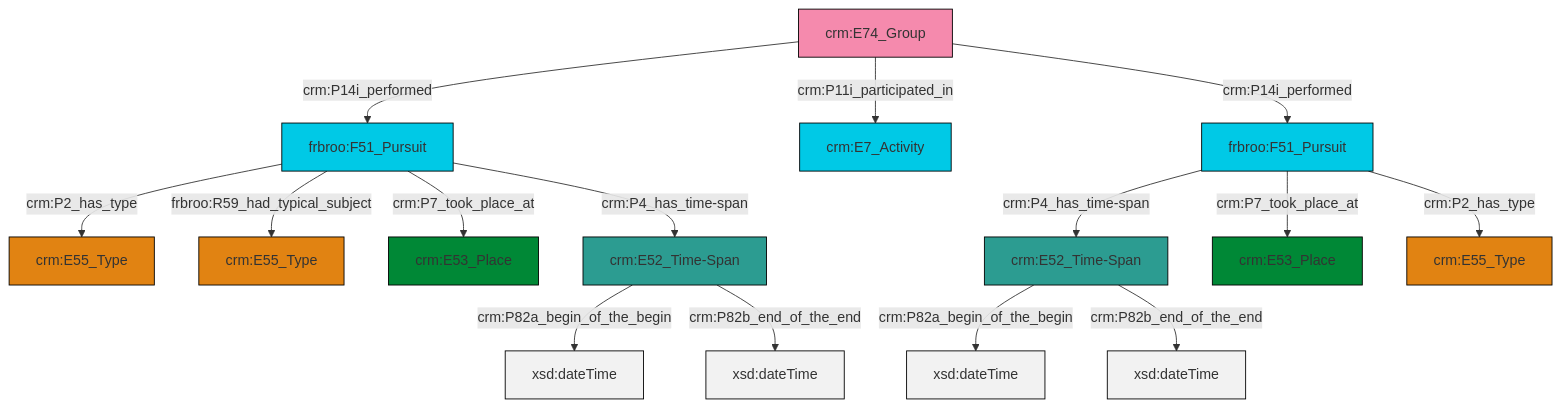
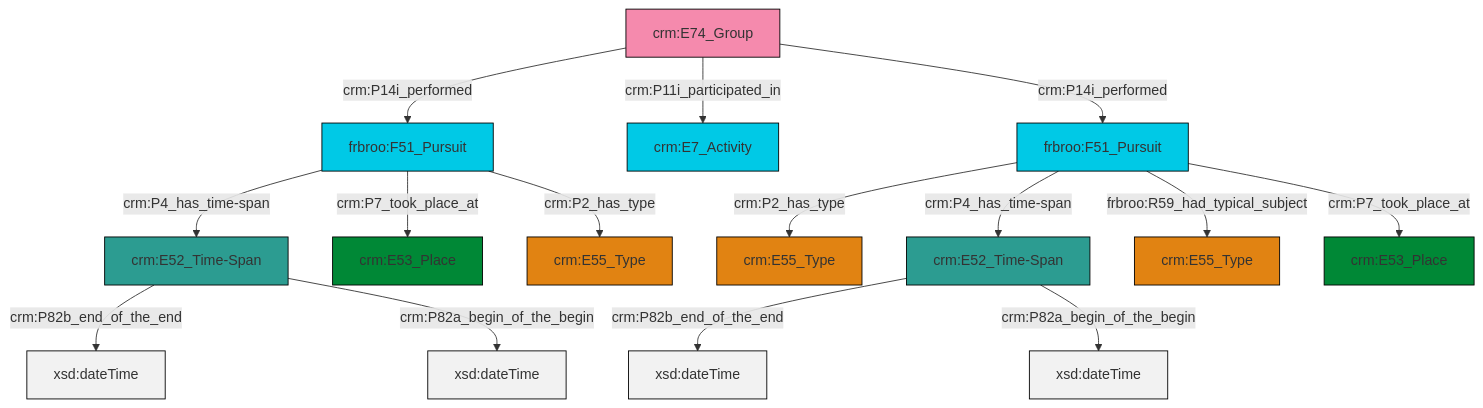
One commit to swiss-art-research-net/docs.swissartresearch changed the diagram in et/groupCSV/ttl/mmd/group_events.ttl.mmd. Above: the diagram before and after it, drawn with Mermaid. The commit also changed 211 other files, not shown here.

```diff
--- a/et/groupCSV/ttl/mmd/group_events.ttl.mmd
+++ b/et/groupCSV/ttl/mmd/group_events.ttl.mmd
@@ -1,29 +1,29 @@
 graph TD
 classDef Literal fill:#f2f2f2,stroke:#000000;
 classDef CRM_Entity fill:#FFFFFF,stroke:#000000;
 classDef Temporal_Entity fill:#00C9E6, stroke:#000000;
 classDef Type fill:#E18312, stroke:#000000;
 classDef Time-Span fill:#2C9C91, stroke:#000000;
 classDef Appellation fill:#FFEB7F, stroke:#000000;
 classDef Place fill:#008836, stroke:#000000;
 classDef Persistent_Item fill:#B266B2, stroke:#000000;
 classDef Conceptual_Object fill:#FFD700, stroke:#000000;
 classDef Physical_Thing fill:#D2B48C, stroke:#000000;
 classDef Actor fill:#f58aad, stroke:#000000;
 classDef PC_Classes fill:#4ce600, stroke:#000000;
 classDef Multi fill:#cccccc,stroke:#000000;
 
-2["crm:E52_Time-Span"]:::Time-Span -->|crm:P82a_begin_of_the_begin| 4[xsd:dateTime]:::Literal
-5["crm:E52_Time-Span"]:::Time-Span -->|crm:P82a_begin_of_the_begin| 6[xsd:dateTime]:::Literal
-7["frbroo:F51_Pursuit"]:::Temporal_Entity -->|crm:P2_has_type| 8["crm:E55_Type"]:::Type
-9["frbroo:F51_Pursuit"]:::Temporal_Entity -->|crm:P4_has_time-span| 5["crm:E52_Time-Span"]:::Time-Span
-10["crm:E74_Group"]:::Actor -->|crm:P14i_performed| 7["frbroo:F51_Pursuit"]:::Temporal_Entity
-7["frbroo:F51_Pursuit"]:::Temporal_Entity -->|frbroo:R59_had_typical_subject| 12["crm:E55_Type"]:::Type
-9["frbroo:F51_Pursuit"]:::Temporal_Entity -->|crm:P7_took_place_at| 14["crm:E53_Place"]:::Place
-10["crm:E74_Group"]:::Actor -->|crm:P11i_participated_in| 0["crm:E7_Activity"]:::Temporal_Entity
-10["crm:E74_Group"]:::Actor -->|crm:P14i_performed| 9["frbroo:F51_Pursuit"]:::Temporal_Entity
-7["frbroo:F51_Pursuit"]:::Temporal_Entity -->|crm:P7_took_place_at| 20["crm:E53_Place"]:::Place
-5["crm:E52_Time-Span"]:::Time-Span -->|crm:P82b_end_of_the_end| 24[xsd:dateTime]:::Literal
-2["crm:E52_Time-Span"]:::Time-Span -->|crm:P82b_end_of_the_end| 25[xsd:dateTime]:::Literal
-9["frbroo:F51_Pursuit"]:::Temporal_Entity -->|crm:P2_has_type| 18["crm:E55_Type"]:::Type
-7["frbroo:F51_Pursuit"]:::Temporal_Entity -->|crm:P4_has_time-span| 2["crm:E52_Time-Span"]:::Time-Span
+0["crm:E74_Group"]:::Actor -->|crm:P14i_performed| 1["frbroo:F51_Pursuit"]:::Temporal_Entity
+1["frbroo:F51_Pursuit"]:::Temporal_Entity -->|crm:P4_has_time-span| 7["crm:E52_Time-Span"]:::Time-Span
+7["crm:E52_Time-Span"]:::Time-Span -->|crm:P82b_end_of_the_end| 8[xsd:dateTime]:::Literal
+7["crm:E52_Time-Span"]:::Time-Span -->|crm:P82a_begin_of_the_begin| 9[xsd:dateTime]:::Literal
+0["crm:E74_Group"]:::Actor -->|crm:P11i_participated_in| 14["crm:E7_Activity"]:::Temporal_Entity
+15["frbroo:F51_Pursuit"]:::Temporal_Entity -->|crm:P2_has_type| 10["crm:E55_Type"]:::Type
+15["frbroo:F51_Pursuit"]:::Temporal_Entity -->|crm:P4_has_time-span| 19["crm:E52_Time-Span"]:::Time-Span
+15["frbroo:F51_Pursuit"]:::Temporal_Entity -->|frbroo:R59_had_typical_subject| 23["crm:E55_Type"]:::Type
+1["frbroo:F51_Pursuit"]:::Temporal_Entity -->|crm:P7_took_place_at| 17["crm:E53_Place"]:::Place
+15["frbroo:F51_Pursuit"]:::Temporal_Entity -->|crm:P7_took_place_at| 5["crm:E53_Place"]:::Place
+19["crm:E52_Time-Span"]:::Time-Span -->|crm:P82b_end_of_the_end| 26[xsd:dateTime]:::Literal
+19["crm:E52_Time-Span"]:::Time-Span -->|crm:P82a_begin_of_the_begin| 27[xsd:dateTime]:::Literal
+0["crm:E74_Group"]:::Actor -->|crm:P14i_performed| 15["frbroo:F51_Pursuit"]:::Temporal_Entity
+1["frbroo:F51_Pursuit"]:::Temporal_Entity -->|crm:P2_has_type| 3["crm:E55_Type"]:::Type
```
